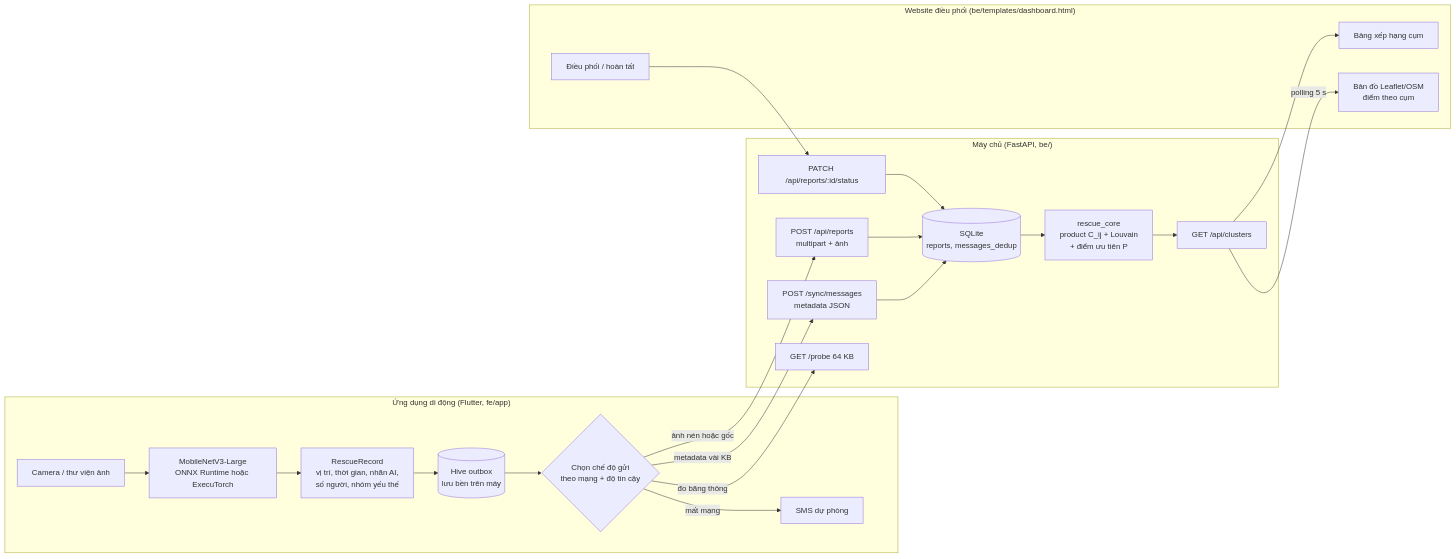
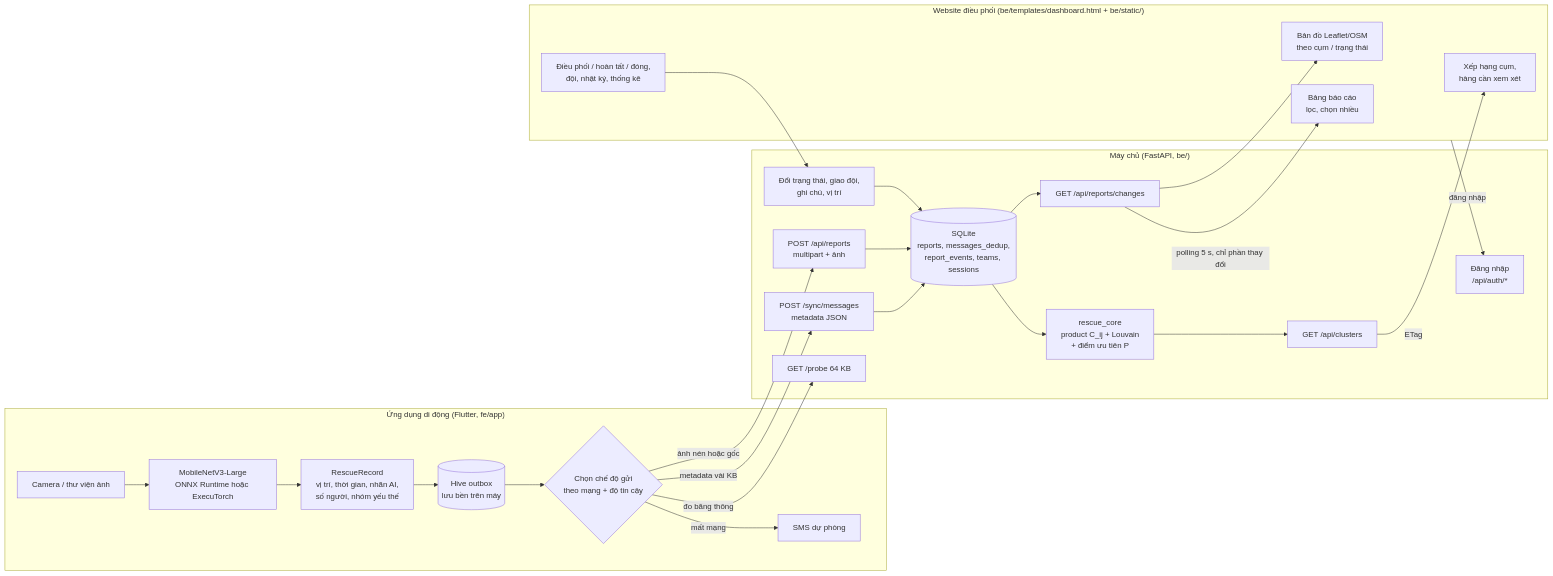
One commit to ngthtrong/nckh2 changed the first of 4 diagrams in docs/system_design.md. Above: the diagram before and after it, drawn with Mermaid. The commit also changed other lines of this file and 68 other files, not shown here.

Commit message:
feat: add web-based admin dashboard with authentication, map integration, and vectorized deduplication`

````diff
--- a/docs/system_design.md
+++ b/docs/system_design.md
@@ -13,37 +13,43 @@
 ```mermaid
 flowchart LR
     subgraph Mobile["Ứng dụng di động (Flutter, fe/app)"]
         CAM[Camera / thư viện ảnh] --> AI[MobileNetV3-Large<br/>ONNX Runtime hoặc ExecuTorch]
         AI --> REC[RescueRecord<br/>vị trí, thời gian, nhãn AI,<br/>số người, nhóm yếu thế]
         REC --> OUT[(Hive outbox<br/>lưu bền trên máy)]
         OUT --> MODE{Chọn chế độ gửi<br/>theo mạng + độ tin cậy}
         MODE -->|mất mạng| SMS[SMS dự phòng]
     end
 
     subgraph Server["Máy chủ (FastAPI, be/)"]
         API1[POST /sync/messages<br/>metadata JSON]
         API2[POST /api/reports<br/>multipart + ảnh]
         PROBE[GET /probe 64 KB]
-        DB[(SQLite<br/>reports, messages_dedup)]
+        DB[(SQLite<br/>reports, messages_dedup,<br/>report_events, teams, sessions)]
         CORE[rescue_core<br/>product C_ij + Louvain<br/>+ điểm ưu tiên P]
         API3[GET /api/clusters]
-        API4[PATCH /api/reports/:id/status]
+        API5[GET /api/reports/changes]
+        API4[Đổi trạng thái, giao đội,<br/>ghi chú, vị trí]
+        AUTH[Đăng nhập<br/>/api/auth/*]
         API1 --> DB
         API2 --> DB
         DB --> CORE --> API3
+        DB --> API5
         API4 --> DB
     end
 
-    subgraph Web["Website điều phối (be/templates/dashboard.html)"]
-        MAP[Bản đồ Leaflet/OSM<br/>điểm theo cụm]
-        RANK[Bảng xếp hạng cụm]
-        ACT[Điều phối / hoàn tất]
+    subgraph Web["Website điều phối (be/templates/dashboard.html + be/static/)"]
+        MAP[Bản đồ Leaflet/OSM<br/>theo cụm / trạng thái]
+        RANK[Xếp hạng cụm,<br/>hàng cần xem xét]
+        TABLE[Bảng báo cáo<br/>lọc, chọn nhiều]
+        ACT[Điều phối / hoàn tất / đóng,<br/>đội, nhật ký, thống kê]
     end
 
     MODE -->|đo băng thông| PROBE
     MODE -->|metadata vài KB| API1
     MODE -->|ảnh nén hoặc gốc| API2
-    API3 -->|polling 5 s| MAP
-    API3 --> RANK
+    Web -->|đăng nhập| AUTH
+    API5 -->|polling 5 s, chỉ phần thay đổi| TABLE
+    API5 --> MAP
+    API3 -->|ETag| RANK
     ACT --> API4
 ```
````
